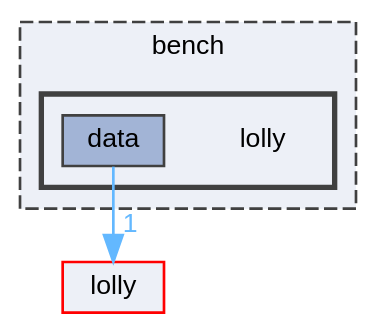
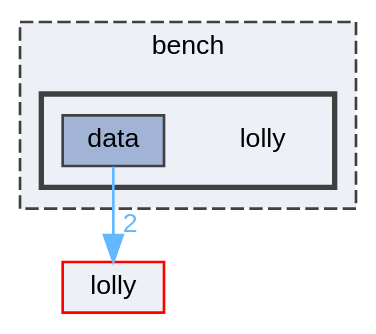
Before and after one commit to XmacsLabs/lolly: the diagram in dir_0dee124f639ebcba07c1f7e8473551cb_dep.dot, drawn with Graphviz. The commit also changed 824 other files, not shown here.

```diff
--- a/dir_0dee124f639ebcba07c1f7e8473551cb_dep.dot
+++ b/dir_0dee124f639ebcba07c1f7e8473551cb_dep.dot
@@ -1,18 +1,18 @@
 digraph "lolly"
 {
  // LATEX_PDF_SIZE
   bgcolor="transparent";
   edge [fontname=Helvetica,fontsize=10,labelfontname=Helvetica,labelfontsize=10];
   node [fontname=Helvetica,fontsize=10,shape=box,height=0.2,width=0.4];
   compound=true
   subgraph clusterdir_a36c4719283424f51e58ca3678e5dea3 {
     graph [ bgcolor="#edf0f7", pencolor="grey25", label="bench", fontname=Helvetica,fontsize=10 style="filled,dashed", URL="dir_a36c4719283424f51e58ca3678e5dea3.html",tooltip=""]
   subgraph clusterdir_0dee124f639ebcba07c1f7e8473551cb {
     graph [ bgcolor="#edf0f7", pencolor="grey25", label="", fontname=Helvetica,fontsize=10 style="filled,bold", URL="dir_0dee124f639ebcba07c1f7e8473551cb.html",tooltip=""]
     dir_0dee124f639ebcba07c1f7e8473551cb [shape=plaintext, label="lolly"];
   dir_a52f908dd66758024f5e37bd64361cc4 [label="data", fillcolor="#a2b4d6", color="grey25", style="filled", URL="dir_a52f908dd66758024f5e37bd64361cc4.html",tooltip=""];
   }
   }
   dir_4e4e38b7a3cbd015b31043c806009c51 [label="lolly", fillcolor="#edf0f7", color="red", style="filled", URL="dir_4e4e38b7a3cbd015b31043c806009c51.html",tooltip=""];
-  dir_a52f908dd66758024f5e37bd64361cc4->dir_4e4e38b7a3cbd015b31043c806009c51 [headlabel="1", labeldistance=1.5 headhref="dir_000010_000034.html" href="dir_000010_000034.html" color="steelblue1" fontcolor="steelblue1"];
+  dir_a52f908dd66758024f5e37bd64361cc4->dir_4e4e38b7a3cbd015b31043c806009c51 [headlabel="2", labeldistance=1.5 headhref="dir_000010_000034.html" href="dir_000010_000034.html" color="steelblue1" fontcolor="steelblue1"];
 }
```
